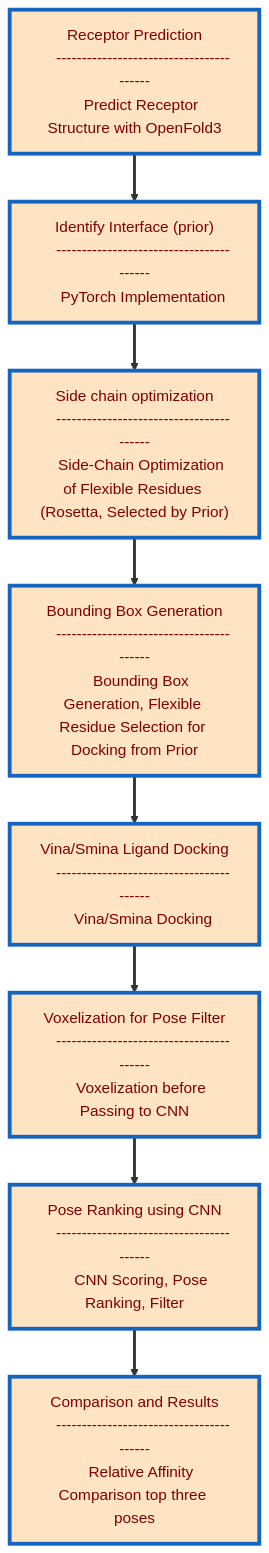
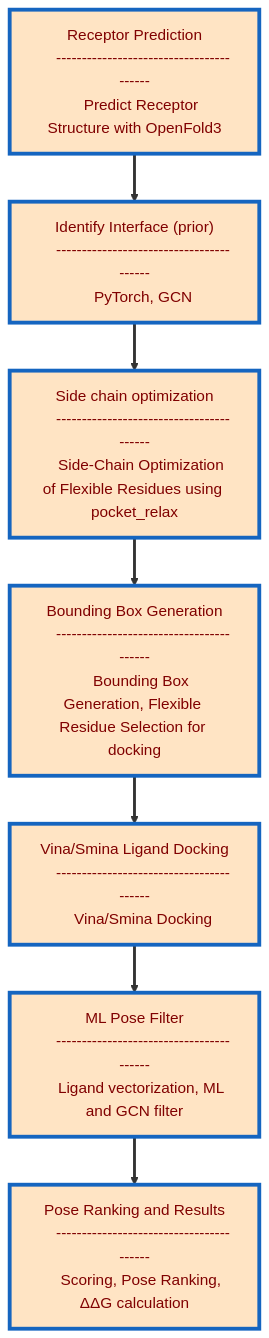
One commit to nicolemariepaterson/dokken changed the diagram in README.md. Above: the diagram before and after it, drawn with Mermaid. The commit also changed other lines of this file, not shown here.

````diff
--- a/README.md
+++ b/README.md
@@ -37,61 +37,55 @@
 ```mermaid
 flowchart TB
 
     %% Large vertical layout
 
     A[" 
     Receptor Prediction
     ----------------------------------------
     Predict Receptor Structure with OpenFold3
     "]
 
     B[" 
     Identify Interface (prior)
     ----------------------------------------
-    PyTorch Implementation 
+    PyTorch, GCN
     "]
 
     C[" 
     Side chain optimization
     ----------------------------------------
-    Side-Chain Optimization of Flexible Residues (Rosetta, Selected by Prior)
+    Side-Chain Optimization of Flexible Residues using pocket_relax
     "]
 
     D[" 
     Bounding Box Generation
     ----------------------------------------
-    Bounding Box Generation, Flexible Residue Selection for Docking from Prior
+    Bounding Box Generation, Flexible Residue Selection for docking
     "]
 
     E[" 
     Vina/Smina Ligand Docking
     ----------------------------------------
     Vina/Smina Docking
     "]
 
     F[" 
-    Voxelization for Pose Filter
+    ML Pose Filter
     ----------------------------------------
-    Voxelization before Passing to CNN
+    Ligand vectorization, ML and GCN filter
     "]
 
     G[" 
-    Pose Ranking using CNN
+    Pose Ranking and Results
     ----------------------------------------
-    CNN Scoring, Pose Ranking, Filter
+    Scoring, Pose Ranking, ΔΔG calculation
     "]
 
-    H[" 
-    Comparison and Results
-    ----------------------------------------
-    Relative Affinity Comparison top three poses
-    "]
-
-    A --> B --> C --> D --> E --> F --> G --> H
+    A --> B --> C --> D --> E --> F --> G
 
     %% Styling
     classDef big fill:#FFE4C4,stroke:#1565C0,stroke-width:4px,color:#800000;
     class A,B,C,D,E,F,G,H big;
 
     linkStyle default stroke-width:3px
 ```
````
